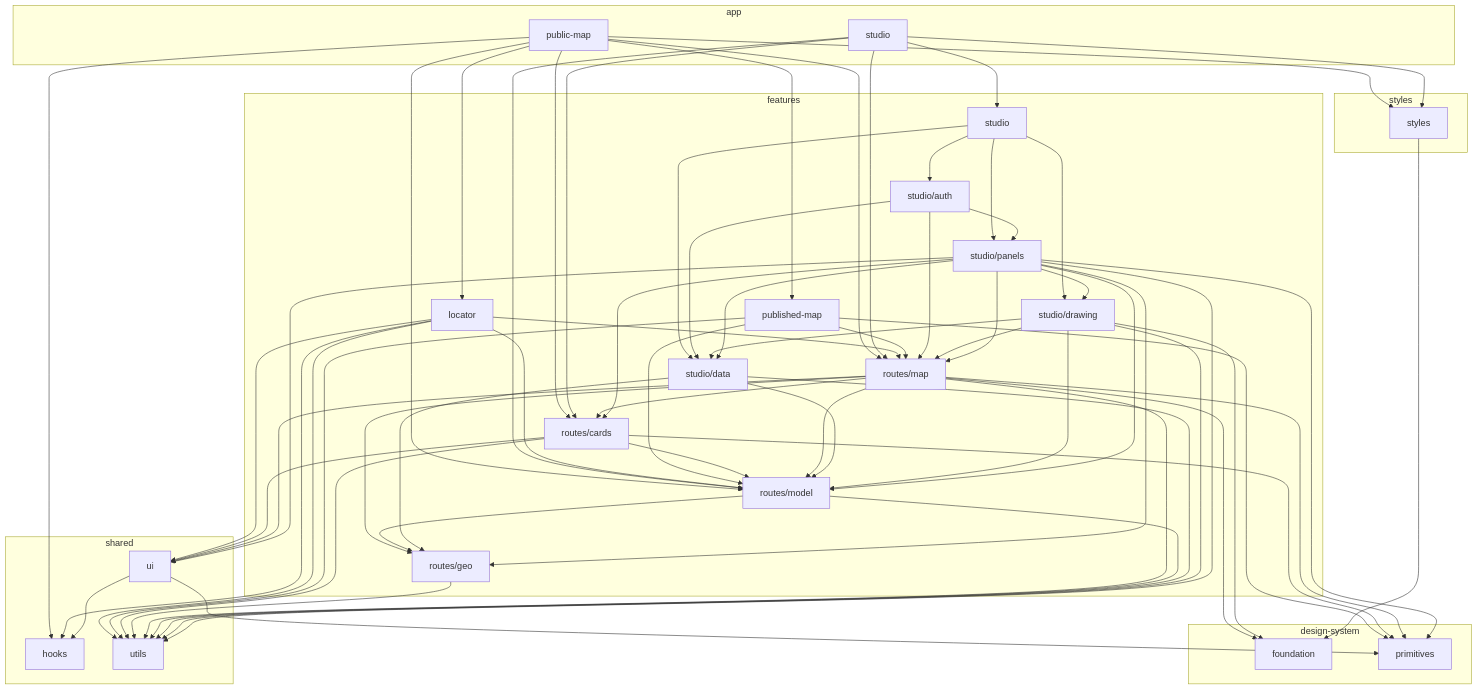
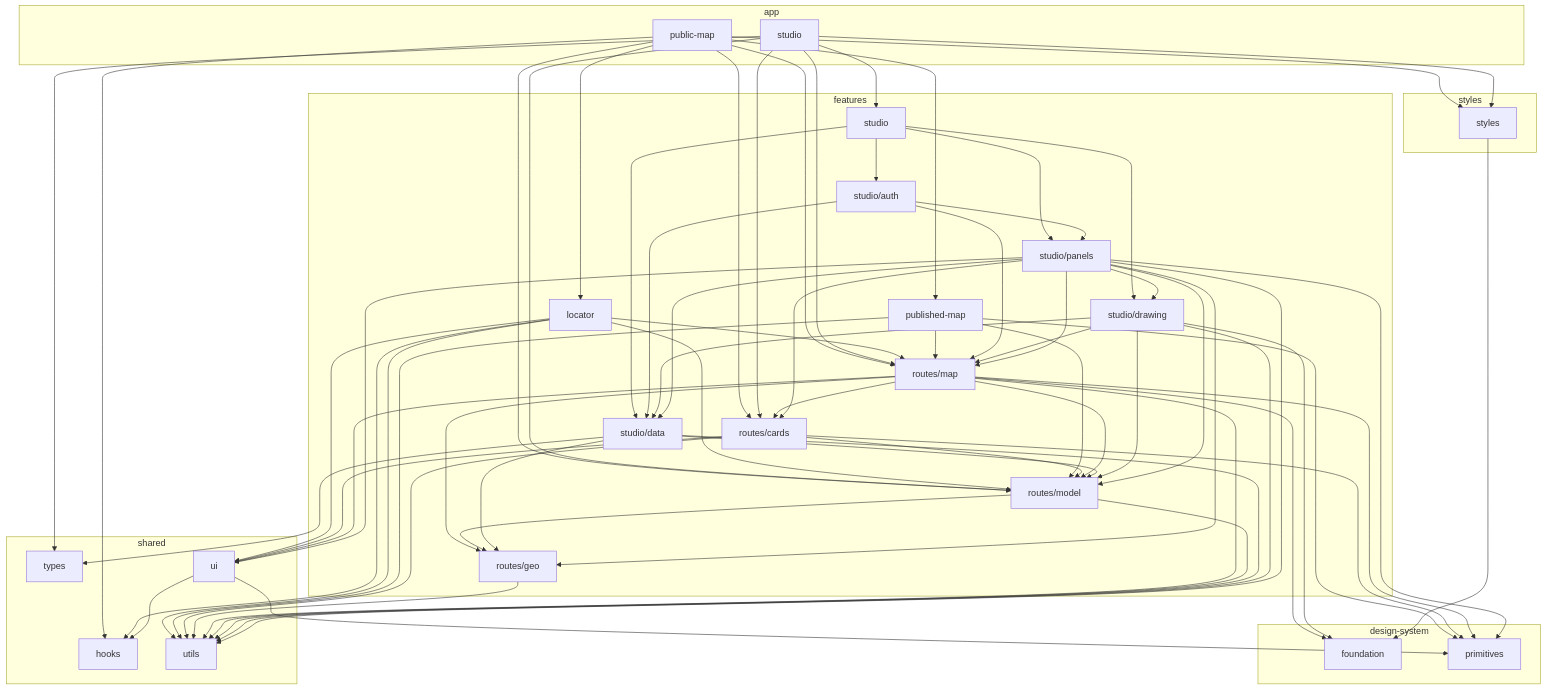
Before and after one commit to ParaOrg/Para: the diagram in docs/architecture.md, drawn with Mermaid. The commit also changed other lines of this file and 13 other files, not shown here.

First line of the commit message:
Type the studio's client from the generated schema; add the migration ledger README and 0016

```diff
--- a/docs/architecture.md
+++ b/docs/architecture.md
@@ -37,6 +37,7 @@
   end
   subgraph shared_layer["shared"]
     shared_hooks["hooks"]
+    shared_types["types"]
     shared_ui["ui"]
     shared_utils["utils"]
   end
@@ -58,6 +59,7 @@
   app_studio --> features_routes_map
   app_studio --> features_routes_model
   app_studio --> features_studio
+  app_studio --> shared_types
   app_studio --> styles
   features_locator --> features_routes_map
   features_locator --> features_routes_model
@@ -91,6 +93,7 @@
   features_studio_auth --> features_studio_panels
   features_studio_data --> features_routes_geo
   features_studio_data --> features_routes_model
+  features_studio_data --> shared_types
   features_studio_data --> shared_utils
   features_studio_drawing --> design_system_foundation
   features_studio_drawing --> features_routes_map
```
